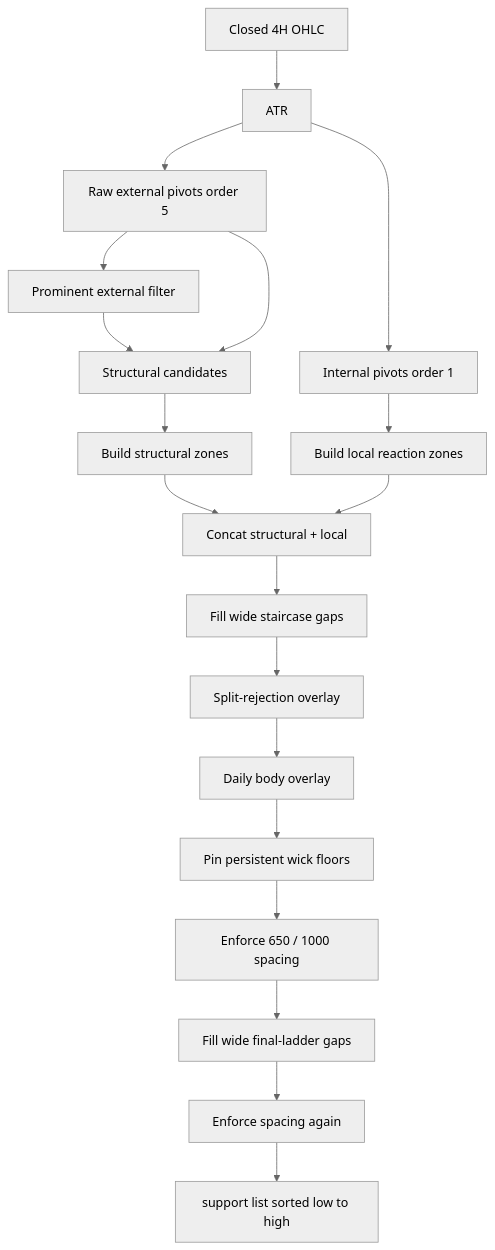
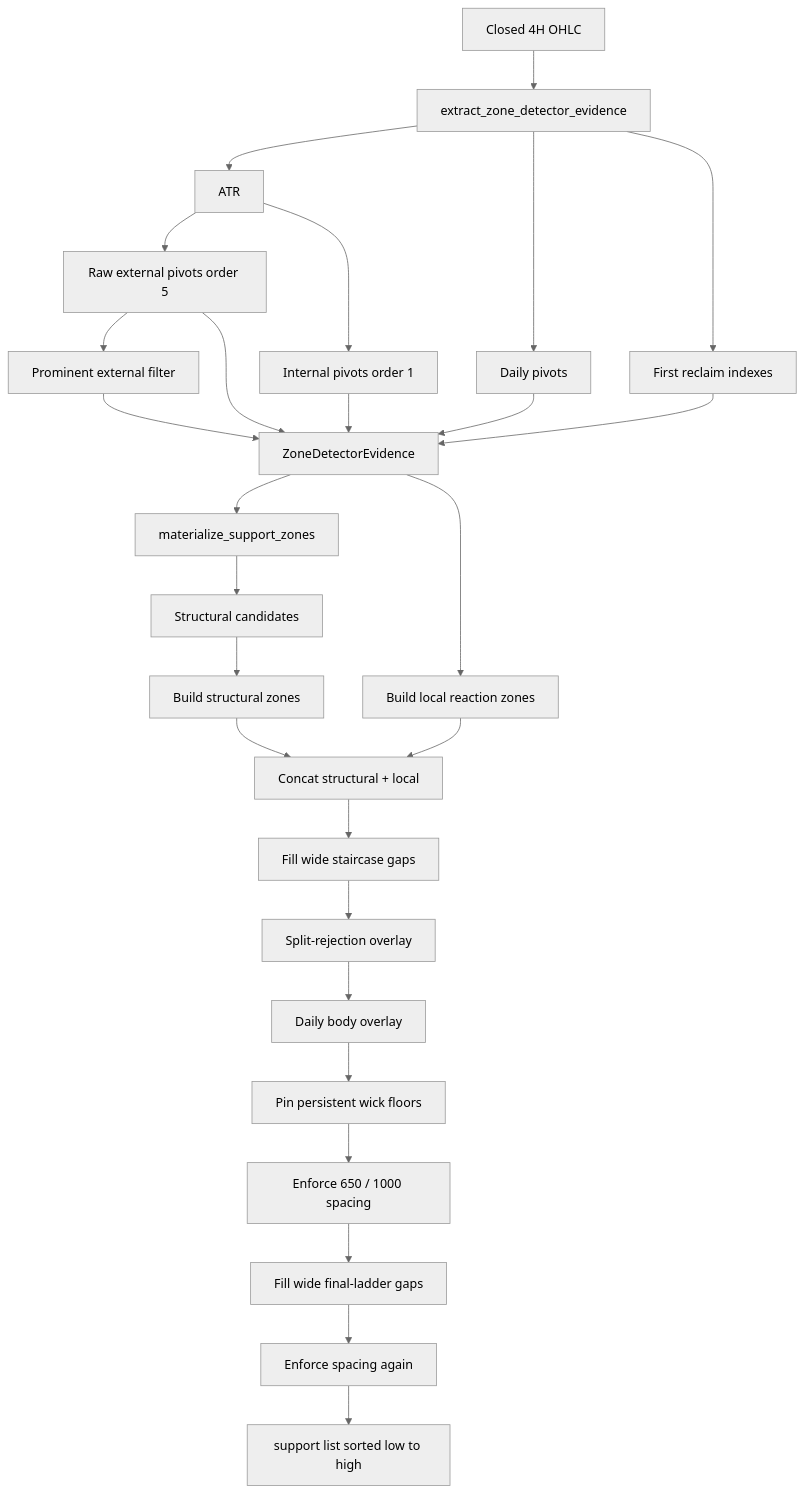
One commit to lx-production/buy_dips changed the diagram in zones finder algo overview.md. Above: the diagram before and after it, drawn with Mermaid (neutral theme). The commit also changed other lines of this file and 11 other files, not shown here.

````diff
--- a/zones finder algo overview.md
+++ b/zones finder algo overview.md
@@ -93,21 +99,29 @@
 ```mermaid
 flowchart TD
-    ohlc[Closed 4H OHLC] --> atr[ATR]
+    ohlc[Closed 4H OHLC] --> extract[extract_zone_detector_evidence]
+    extract --> atr[ATR]
+    extract --> dailyPivots[Daily pivots]
+    extract --> reclaim[First reclaim indexes]
     atr --> rawExt[Raw external pivots order 5]
     atr --> internal[Internal pivots order 1]
     rawExt --> prominent[Prominent external filter]
-    prominent --> candidates[Structural candidates]
-    rawExt --> candidates
+    evidence[ZoneDetectorEvidence] --> materialize[materialize_support_zones]
+    prominent --> evidence
+    rawExt --> evidence
+    internal --> evidence
+    dailyPivots --> evidence
+    reclaim --> evidence
+    materialize --> candidates[Structural candidates]
     candidates --> structural[Build structural zones]
-    internal --> local[Build local reaction zones]
+    evidence --> local[Build local reaction zones]
     structural --> concat[Concat structural + local]
     local --> concat
     concat --> stairs[Fill wide staircase gaps]
     stairs --> reject[Split-rejection overlay]
     reject --> daily[Daily body overlay]
     daily --> persist[Pin persistent wick floors]
     persist --> space1[Enforce 650 / 1000 spacing]
     space1 --> persistGaps[Fill wide final-ladder gaps]
     persistGaps --> space2[Enforce spacing again]
     space2 --> support[support list sorted low to high]
 ```
````
